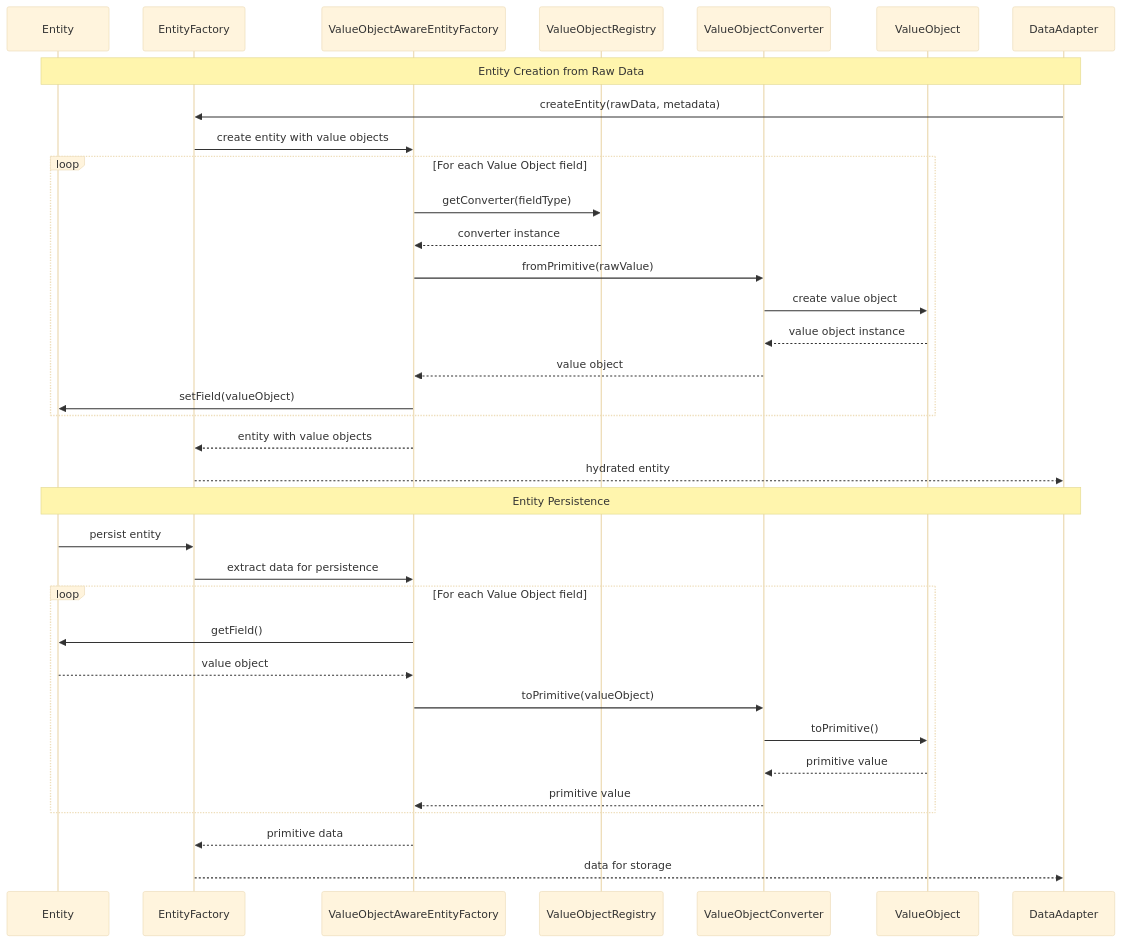
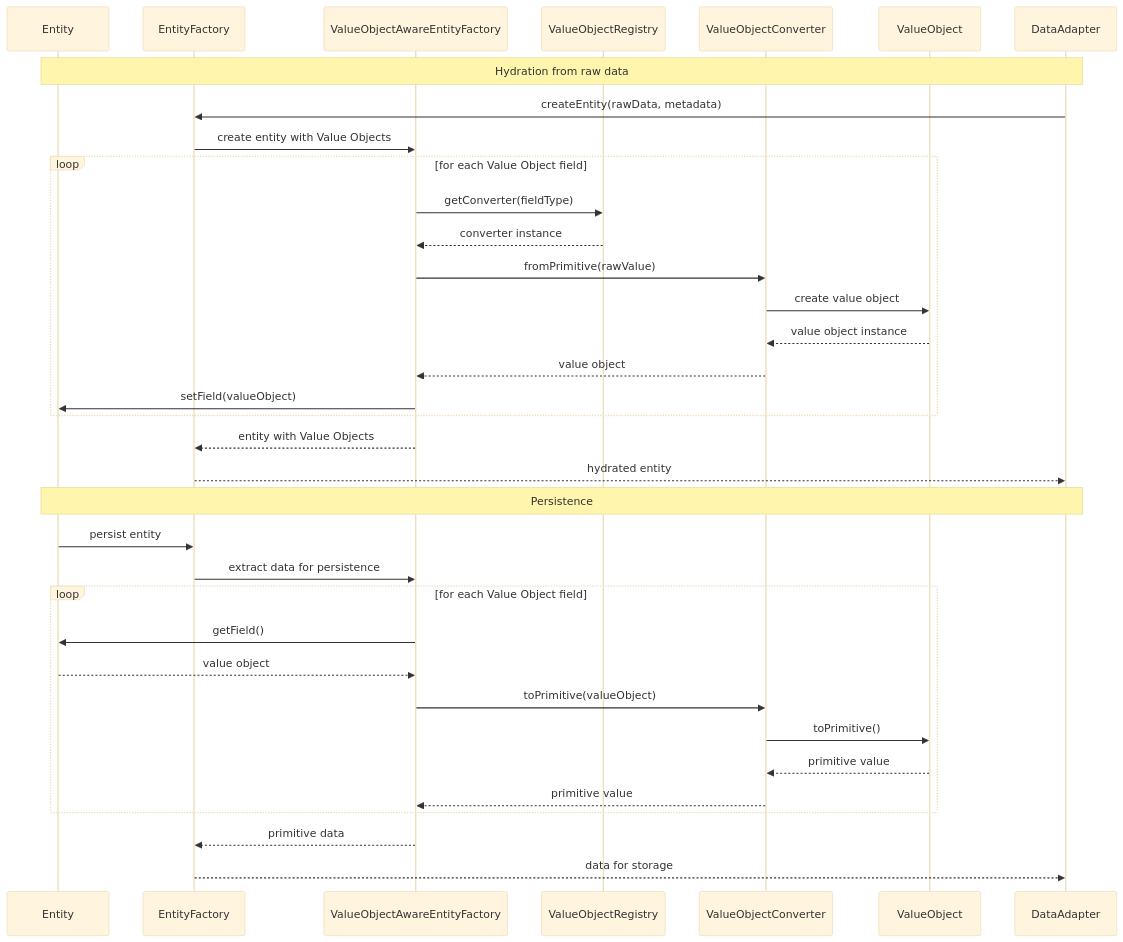
One commit to kabiroman/adaptive-entity-manager changed the fifth of 7 diagrams in docs/INTERACTION_DIAGRAMS.md. Above: the diagram before and after it, drawn with Mermaid (base theme). The commit also changed other lines of this file and 7 other files, not shown here.

````diff
--- a/docs/INTERACTION_DIAGRAMS.md
+++ b/docs/INTERACTION_DIAGRAMS.md
@@ -219,48 +209,48 @@
 ```mermaid
 sequenceDiagram
     participant Entity
     participant EF as EntityFactory
     participant VOAEF as ValueObjectAwareEntityFactory
     participant VOR as ValueObjectRegistry
     participant VOC as ValueObjectConverter
     participant VO as ValueObject
     participant DA as DataAdapter
-    
-    Note over Entity,DA: Entity Creation from Raw Data
-    
+
+    Note over Entity,DA: Hydration from raw data
+
     DA->>EF: createEntity(rawData, metadata)
-    EF->>VOAEF: create entity with value objects
-    
-    loop For each Value Object field
+    EF->>VOAEF: create entity with Value Objects
+
+    loop for each Value Object field
         VOAEF->>VOR: getConverter(fieldType)
         VOR-->>VOAEF: converter instance
-        
+
         VOAEF->>VOC: fromPrimitive(rawValue)
         VOC->>VO: create value object
         VO-->>VOC: value object instance
         VOC-->>VOAEF: value object
-        
+
         VOAEF->>Entity: setField(valueObject)
     end
-    
-    VOAEF-->>EF: entity with value objects
+
+    VOAEF-->>EF: entity with Value Objects
     EF-->>DA: hydrated entity
-    
-    Note over Entity,DA: Entity Persistence
-    
+
+    Note over Entity,DA: Persistence
+
     Entity->>EF: persist entity
     EF->>VOAEF: extract data for persistence
-    
-    loop For each Value Object field
+
+    loop for each Value Object field
         VOAEF->>Entity: getField()
         Entity-->>VOAEF: value object
-        
+
         VOAEF->>VOC: toPrimitive(valueObject)
         VOC->>VO: toPrimitive()
         VO-->>VOC: primitive value
         VOC-->>VOAEF: primitive value
     end
-    
+
     VOAEF-->>EF: primitive data
     EF-->>DA: data for storage
 ```
````
